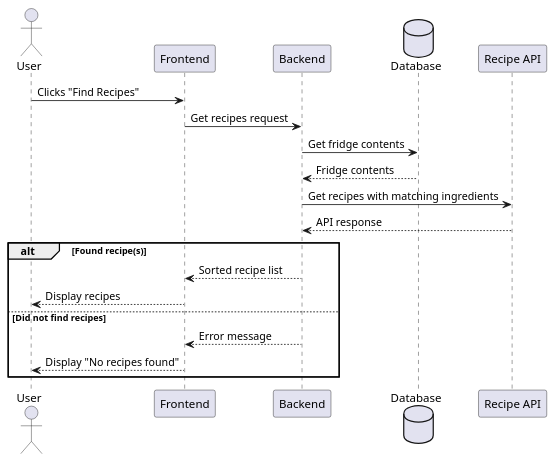
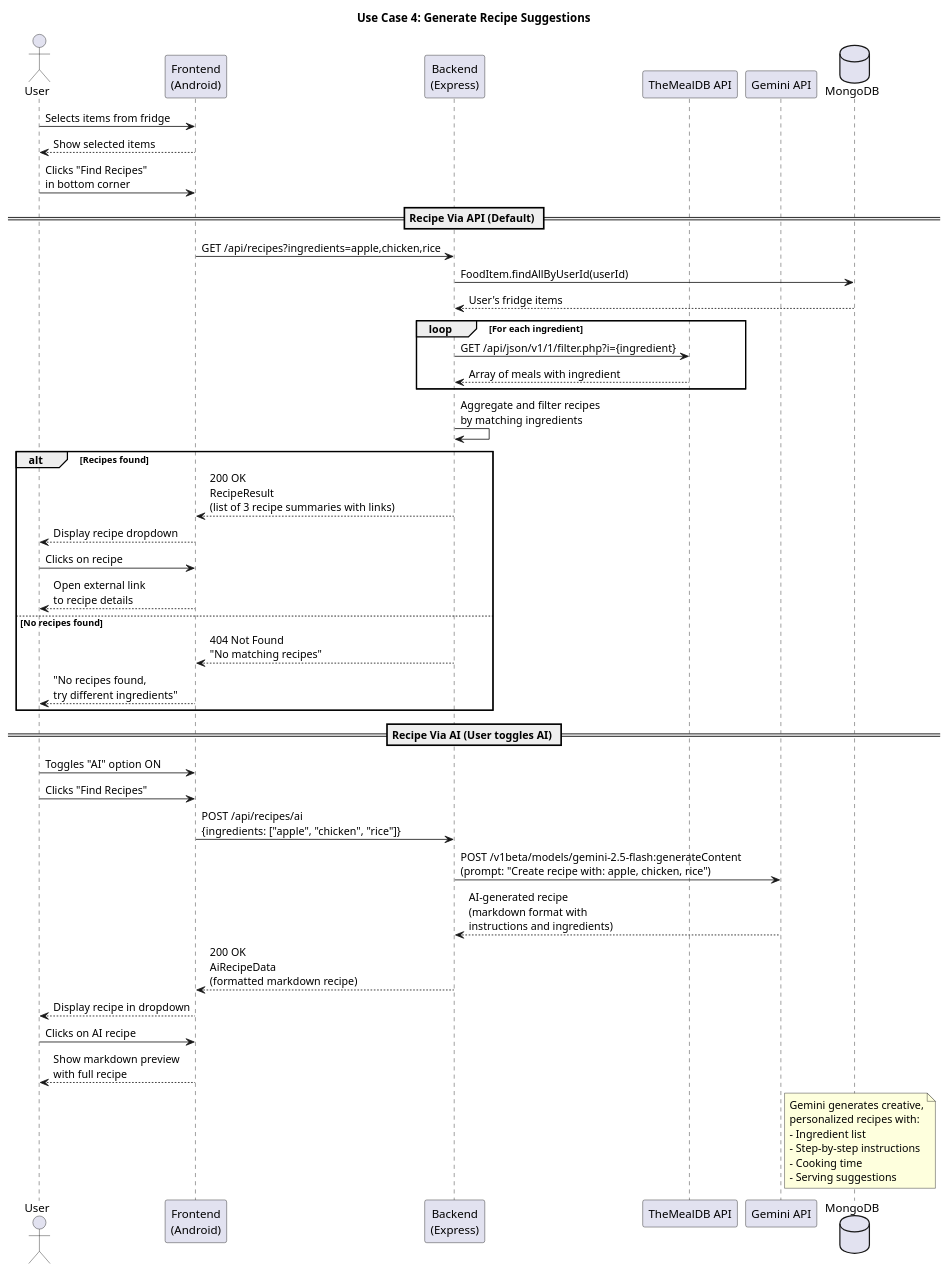
The diagram in documentation/diagrams/generateRecipeSequence.plantuml (virtualfridge/virtualfridge), drawn with PlantUML before and after one commit. The commit also changed 1 other file, not shown here.

Commit message:
fixed diagrams

```diff
--- a/documentation/diagrams/generateRecipeSequence.plantuml
+++ b/documentation/diagrams/generateRecipeSequence.plantuml
@@ -1,22 +1,60 @@
 @startuml
+title Use Case 4: Generate Recipe Suggestions
+
 actor User
-participant Frontend
-participant Backend
-database Database
+participant "Frontend\n(Android)" as Frontend
+participant "Backend\n(Express)" as Backend
+participant "TheMealDB API" as MealDB
+participant "Gemini API" as Gemini
+database "MongoDB" as DB
+
+User -> Frontend: Selects items from fridge
+Frontend --> User: Show selected items
+User -> Frontend: Clicks "Find Recipes"\nin bottom corner
+
+== Recipe Via API (Default) ==
+Frontend -> Backend: GET /api/recipes?ingredients=apple,chicken,rice
+
+Backend -> DB: FoodItem.findAllByUserId(userId)
+DB --> Backend: User's fridge items
+
+loop For each ingredient
+    Backend -> MealDB: GET /api/json/v1/1/filter.php?i={ingredient}
+    MealDB --> Backend: Array of meals with ingredient
+end
+
+Backend -> Backend: Aggregate and filter recipes\nby matching ingredients
+
+alt Recipes found
+    Backend --> Frontend: 200 OK\nRecipeResult\n(list of 3 recipe summaries with links)
+    Frontend --> User: Display recipe dropdown
+    User -> Frontend: Clicks on recipe
+    Frontend --> User: Open external link\nto recipe details
+else No recipes found
+    Backend --> Frontend: 404 Not Found\n"No matching recipes"
+    Frontend --> User: "No recipes found,\ntry different ingredients"
+end
+
+== Recipe Via AI (User toggles AI) ==
+User -> Frontend: Toggles "AI" option ON
 User -> Frontend: Clicks "Find Recipes"
-Frontend -> Backend: Get recipes request
-Backend -> Database: Get fridge contents
-Backend <-- Database: Fridge contents
-Backend -> "Recipe API": Get recipes with matching ingredients
-"Recipe API" --> Backend: API response
+Frontend -> Backend: POST /api/recipes/ai\n{ingredients: ["apple", "chicken", "rice"]}
 
-alt Found recipe(s)
-Backend --> Frontend: Sorted recipe list
-Frontend --> User: Display recipes
+Backend -> Gemini: POST /v1beta/models/gemini-2.5-flash:generateContent\n(prompt: "Create recipe with: apple, chicken, rice")
+Gemini --> Backend: AI-generated recipe\n(markdown format with\ninstructions and ingredients)
 
-else Did not find recipes
-Backend --> Frontend: Error message
-Frontend --> User: Display "No recipes found"
+Backend --> Frontend: 200 OK\nAiRecipeData\n(formatted markdown recipe)
+Frontend --> User: Display recipe in dropdown
+User -> Frontend: Clicks on AI recipe
+Frontend --> User: Show markdown preview\nwith full recipe
 
-end
+note right of Gemini
+  Gemini generates creative,
+  personalized recipes with:
+  - Ingredient list
+  - Step-by-step instructions
+  - Cooking time
+  - Serving suggestions
+end note
+
 @enduml
```
